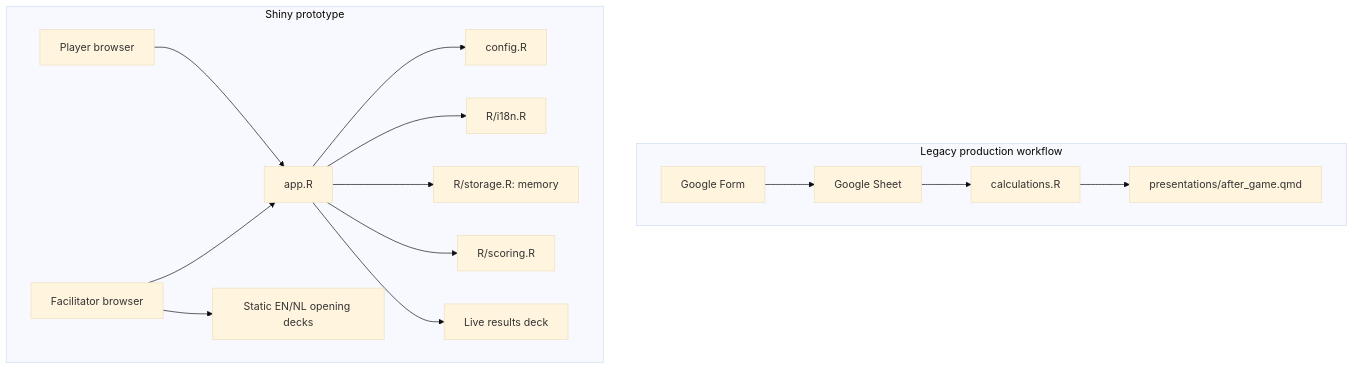
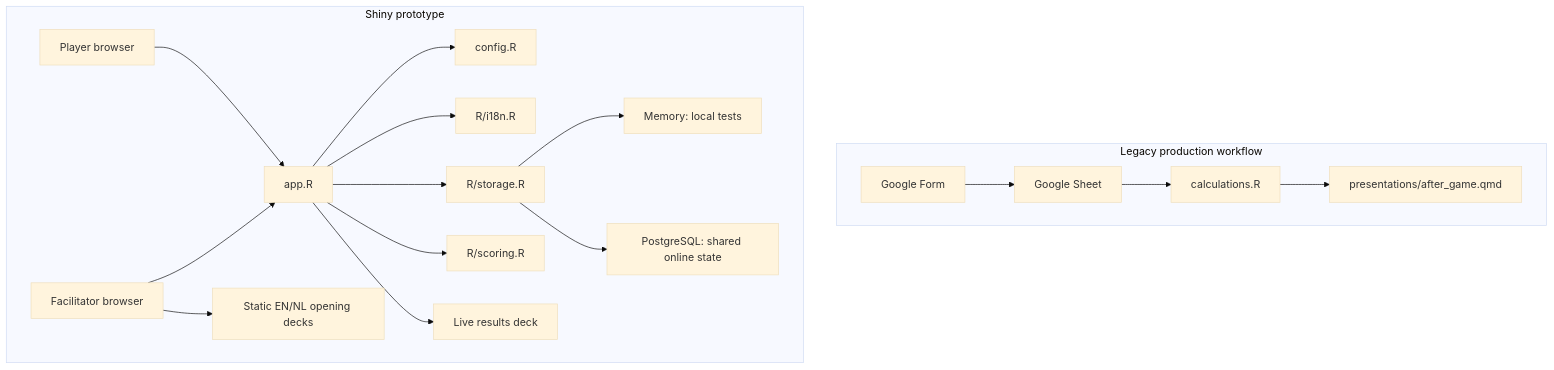
The diagram in _MAP.md (fthielen/serious-game), drawn with Mermaid (base theme) before and after one commit. The commit also changed other lines of this file and 17 other files, not shown here.

First line of the commit message:
Add PostgreSQL store and round UX updates

````diff
--- a/_MAP.md
+++ b/_MAP.md
@@ -15,19 +17,21 @@
 ```mermaid
 flowchart TB
     subgraph Legacy["Legacy production workflow"]
       LF["Google Form"] --> LS["Google Sheet"]
       LS --> LC["calculations.R"]
       LC --> LA["presentations/after_game.qmd"]
     end
 
     subgraph Shiny["Shiny prototype"]
       P["Player browser"] --> APP["app.R"]
       F["Facilitator browser"] --> APP
       APP --> CFG["config.R"]
       APP --> I18N["R/i18n.R"]
-      APP --> STORE["R/storage.R: memory"]
+      APP --> STORE["R/storage.R"]
+      STORE --> MEM["Memory: local tests"]
+      STORE --> PG["PostgreSQL: shared online state"]
       APP --> SCORE["R/scoring.R"]
       APP --> LIVE["Live results deck"]
       F --> INTRO["Static EN/NL opening decks"]
     end
 ```
````
